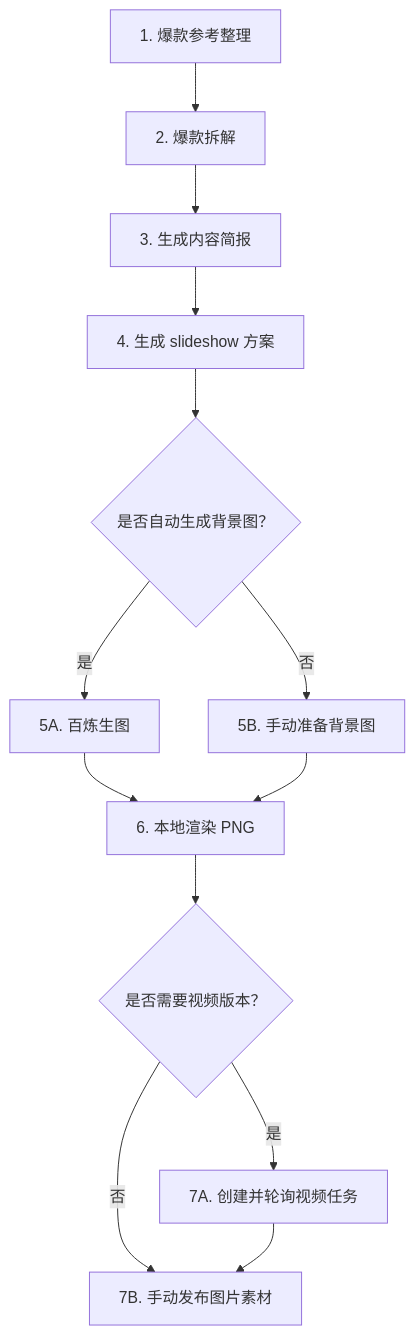
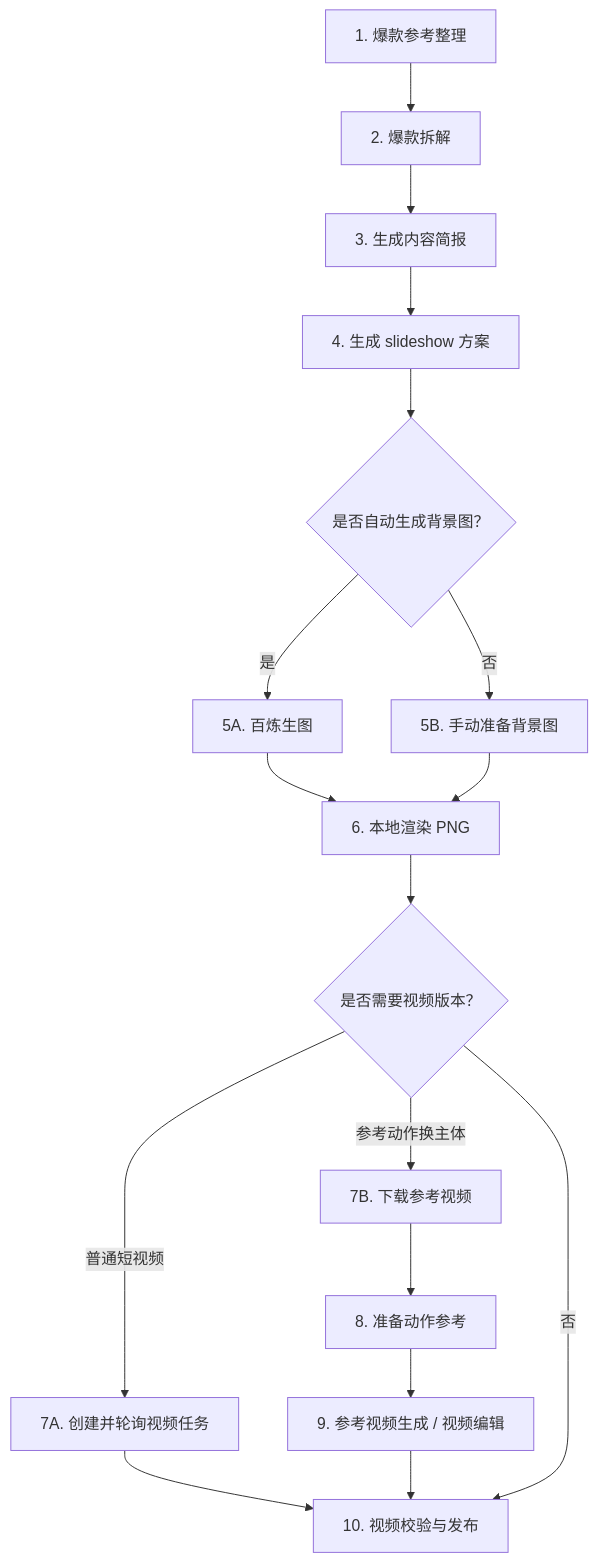
One commit to hotcoffeeshake/tiktok-slideshow-bailian changed the first of 12 diagrams in docs/FLOWCHART.md. Above: the diagram before and after it, drawn with Mermaid. The commit also changed other lines of this file and 12 other files, not shown here.

````diff
--- a/docs/FLOWCHART.md
+++ b/docs/FLOWCHART.md
@@ -7,15 +7,19 @@
 ```mermaid
 flowchart TD
   A["1. 爆款参考整理"] --> B["2. 爆款拆解"]
   B --> C["3. 生成内容简报"]
   C --> D["4. 生成 slideshow 方案"]
   D --> E{"是否自动生成背景图？"}
   E -->|是| F["5A. 百炼生图"]
   E -->|否| G["5B. 手动准备背景图"]
   F --> H["6. 本地渲染 PNG"]
   G --> H
   H --> I{"是否需要视频版本？"}
-  I -->|是| J["7A. 创建并轮询视频任务"]
-  I -->|否| K["7B. 手动发布图片素材"]
-  J --> K
+  I -->|普通短视频| J["7A. 创建并轮询视频任务"]
+  I -->|参考动作换主体| K["7B. 下载参考视频"]
+  K --> L["8. 准备动作参考"]
+  L --> M["9. 参考视频生成 / 视频编辑"]
+  J --> N["10. 视频校验与发布"]
+  M --> N
+  I -->|否| N
 ```
````
